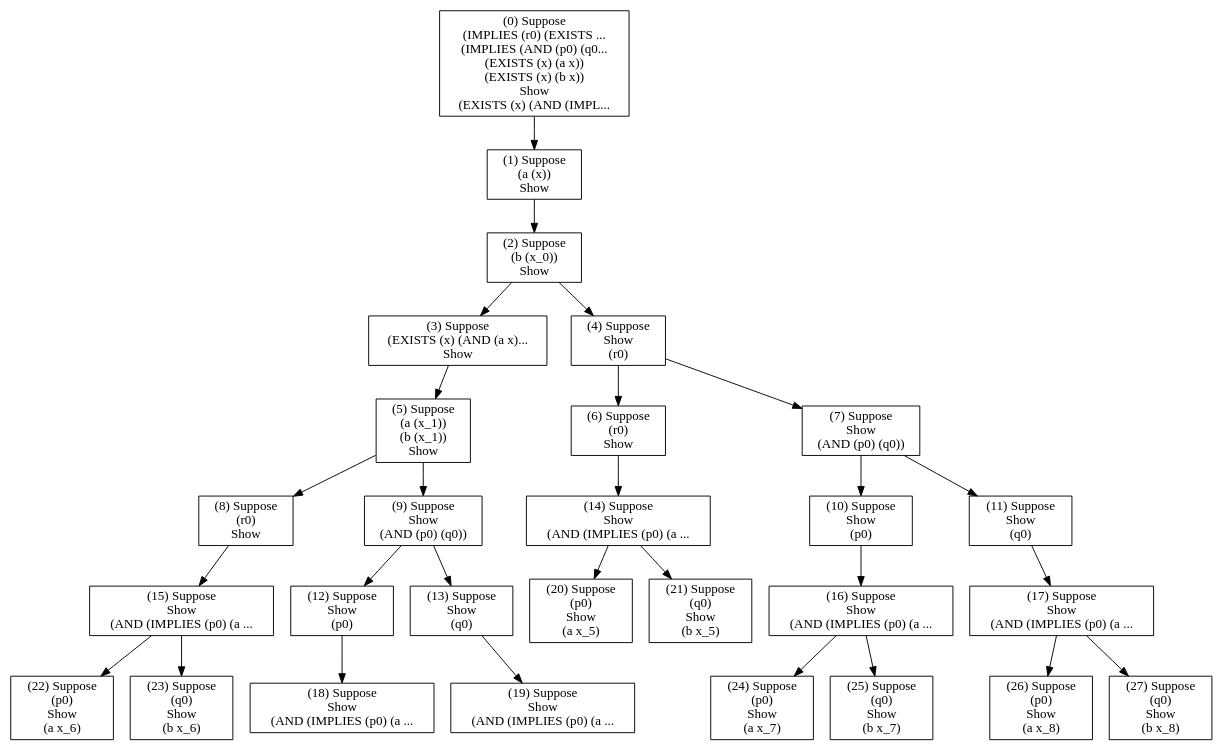
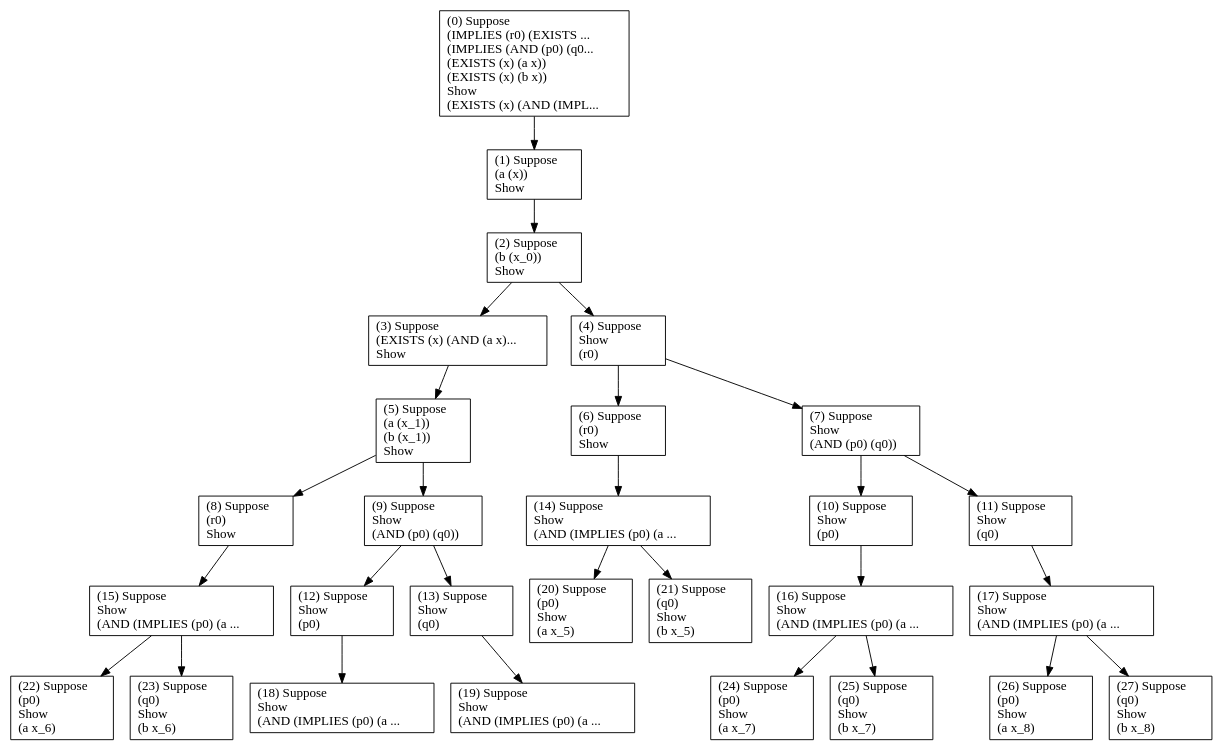
One commit to benjishults/ipr changed the diagram in common/prover/src/main/resources/graphviz/playground.dot. Above: the diagram before and after it, drawn with Graphviz. The commit also changed 5 other files, not shown here.

Commit message:
improvements to graphviz output

```diff
--- a/common/prover/src/main/resources/graphviz/playground.dot
+++ b/common/prover/src/main/resources/graphviz/playground.dot
@@ -1,155 +1,116 @@
 digraph G {
+layout=dot
+root="0"
 node [shape=box]
-"0" [label="(0) Suppose
-(IMPLIES (r0) (EXISTS ...
-(IMPLIES (AND (p0) (q0...
-(EXISTS (x) (a x))
-(EXISTS (x) (b x))
-Show
-(EXISTS (x) (AND (IMPL...
-"]
-"1" [label="(1) Suppose
-(a (x))
-Show
-"]
+"0" [
+label="(0) Suppose\l(IMPLIES (r0) (EXISTS ...\l(IMPLIES (AND (p0) (q0...\l(EXISTS (x) (a x))\l(EXISTS (x) (b x))\lShow\l(EXISTS (x) (AND (IMPL...\l"
+]
+"1" [
+label="(1) Suppose\l(a (x))\lShow\l"
+]
 "0" -> "1"
-"2" [label="(2) Suppose
-(b (x_0))
-Show
-"]
+"2" [
+label="(2) Suppose\l(b (x_0))\lShow\l"
+]
 "1" -> "2"
-"3" [label="(3) Suppose
-(EXISTS (x) (AND (a x)...
-Show
-"]
+"3" [
+label="(3) Suppose\l(EXISTS (x) (AND (a x)...\lShow\l"
+]
 "2" -> "3"
-"4" [label="(4) Suppose
-Show
-(r0)
-"]
+"4" [
+label="(4) Suppose\lShow\l(r0)\l"
+]
 "2" -> "4"
-"5" [label="(5) Suppose
-(a (x_1))
-(b (x_1))
-Show
-"]
+"5" [
+label="(5) Suppose\l(a (x_1))\l(b (x_1))\lShow\l"
+]
 "3" -> "5"
-"6" [label="(6) Suppose
-(r0)
-Show
-"]
+"6" [
+label="(6) Suppose\l(r0)\lShow\l"
+]
 "4" -> "6"
-"7" [label="(7) Suppose
-Show
-(AND (p0) (q0))
-"]
+"7" [
+label="(7) Suppose\lShow\l(AND (p0) (q0))\l"
+]
 "4" -> "7"
-"8" [label="(8) Suppose
-(r0)
-Show
-"]
+"8" [
+label="(8) Suppose\l(r0)\lShow\l"
+]
 "5" -> "8"
-"9" [label="(9) Suppose
-Show
-(AND (p0) (q0))
-"]
+"9" [
+label="(9) Suppose\lShow\l(AND (p0) (q0))\l"
+]
 "5" -> "9"
-"14" [label="(14) Suppose
-Show
-(AND (IMPLIES (p0) (a ...
-"]
+"14" [
+label="(14) Suppose\lShow\l(AND (IMPLIES (p0) (a ...\l"
+]
 "6" -> "14"
-"10" [label="(10) Suppose
-Show
-(p0)
-"]
+"10" [
+label="(10) Suppose\lShow\l(p0)\l"
+]
 "7" -> "10"
-"11" [label="(11) Suppose
-Show
-(q0)
-"]
+"11" [
+label="(11) Suppose\lShow\l(q0)\l"
+]
 "7" -> "11"
-"15" [label="(15) Suppose
-Show
-(AND (IMPLIES (p0) (a ...
-"]
+"15" [
+label="(15) Suppose\lShow\l(AND (IMPLIES (p0) (a ...\l"
+]
 "8" -> "15"
-"12" [label="(12) Suppose
-Show
-(p0)
-"]
+"12" [
+label="(12) Suppose\lShow\l(p0)\l"
+]
 "9" -> "12"
-"13" [label="(13) Suppose
-Show
-(q0)
-"]
+"13" [
+label="(13) Suppose\lShow\l(q0)\l"
+]
 "9" -> "13"
-"20" [label="(20) Suppose
-(p0)
-Show
-(a x_5)
-"]
+"20" [
+label="(20) Suppose\l(p0)\lShow\l(a x_5)\l"
+]
 "14" -> "20"
-"21" [label="(21) Suppose
-(q0)
-Show
-(b x_5)
-"]
+"21" [
+label="(21) Suppose\l(q0)\lShow\l(b x_5)\l"
+]
 "14" -> "21"
-"16" [label="(16) Suppose
-Show
-(AND (IMPLIES (p0) (a ...
-"]
+"16" [
+label="(16) Suppose\lShow\l(AND (IMPLIES (p0) (a ...\l"
+]
 "10" -> "16"
-"17" [label="(17) Suppose
-Show
-(AND (IMPLIES (p0) (a ...
-"]
+"17" [
+label="(17) Suppose\lShow\l(AND (IMPLIES (p0) (a ...\l"
+]
 "11" -> "17"
-"22" [label="(22) Suppose
-(p0)
-Show
-(a x_6)
-"]
+"22" [
+label="(22) Suppose\l(p0)\lShow\l(a x_6)\l"
+]
 "15" -> "22"
-"23" [label="(23) Suppose
-(q0)
-Show
-(b x_6)
-"]
+"23" [
+label="(23) Suppose\l(q0)\lShow\l(b x_6)\l"
+]
 "15" -> "23"
-"18" [label="(18) Suppose
-Show
-(AND (IMPLIES (p0) (a ...
-"]
+"18" [
+label="(18) Suppose\lShow\l(AND (IMPLIES (p0) (a ...\l"
+]
 "12" -> "18"
-"19" [label="(19) Suppose
-Show
-(AND (IMPLIES (p0) (a ...
-"]
+"19" [
+label="(19) Suppose\lShow\l(AND (IMPLIES (p0) (a ...\l"
+]
 "13" -> "19"
-"24" [label="(24) Suppose
-(p0)
-Show
-(a x_7)
-"]
+"24" [
+label="(24) Suppose\l(p0)\lShow\l(a x_7)\l"
+]
 "16" -> "24"
-"25" [label="(25) Suppose
-(q0)
-Show
-(b x_7)
-"]
+"25" [
+label="(25) Suppose\l(q0)\lShow\l(b x_7)\l"
+]
 "16" -> "25"
-"26" [label="(26) Suppose
-(p0)
-Show
-(a x_8)
-"]
+"26" [
+label="(26) Suppose\l(p0)\lShow\l(a x_8)\l"
+]
 "17" -> "26"
-"27" [label="(27) Suppose
-(q0)
-Show
-(b x_8)
-"]
+"27" [
+label="(27) Suppose\l(q0)\lShow\l(b x_8)\l"
+]
 "17" -> "27"
 }
```
